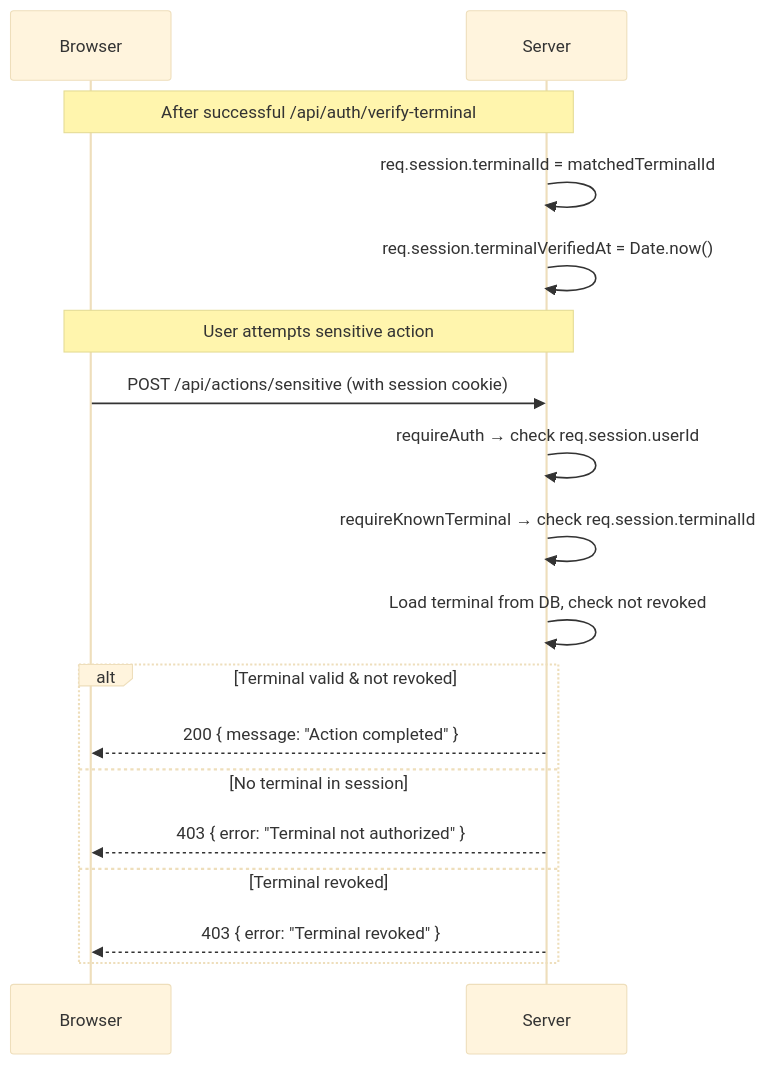
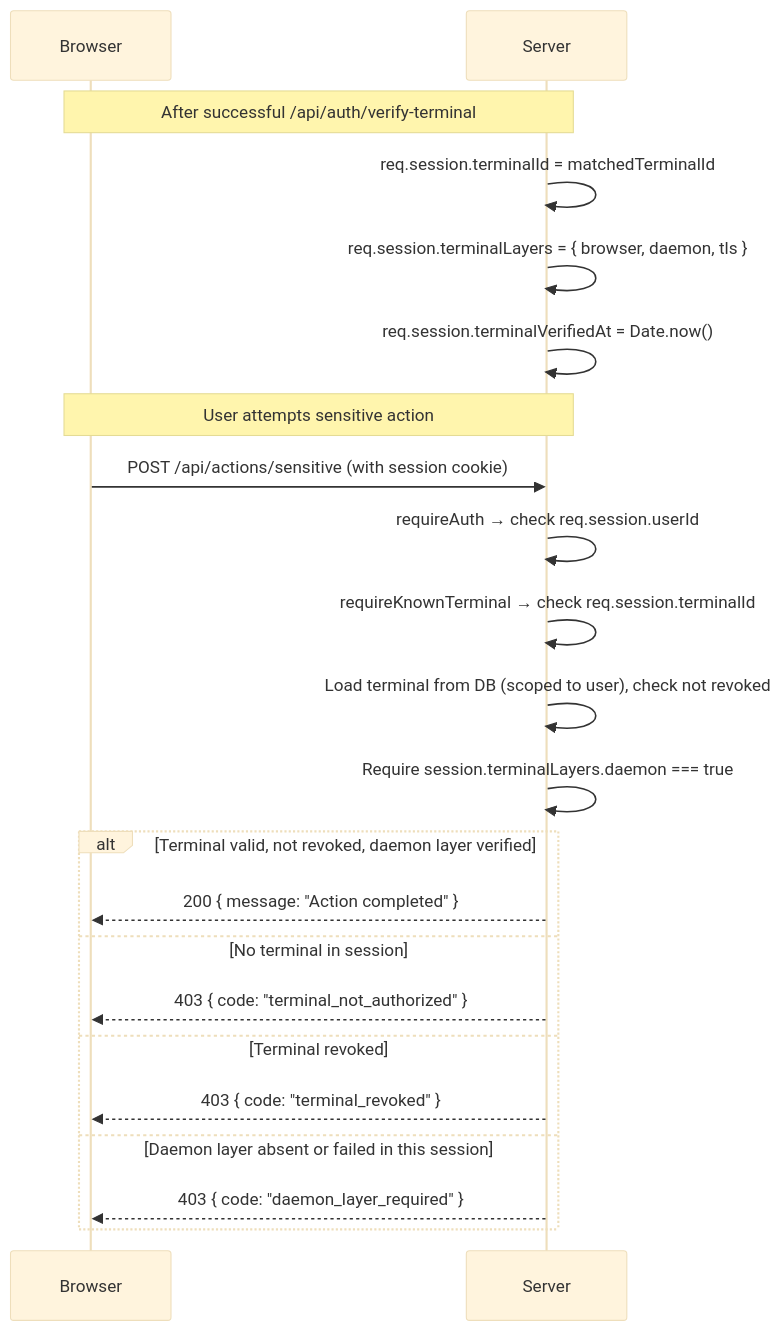
Before and after one commit to andermoreira/dna: the fifth of 5 diagrams in docs/architecture.md, drawn with Mermaid (base theme). The commit also changed other lines of this file and 27 other files, not shown here.

````diff
--- a/docs/architecture.md
+++ b/docs/architecture.md
@@ -228,26 +239,30 @@
 ```mermaid
 sequenceDiagram
     participant Browser
     participant Server
 
     Note over Browser,Server: After successful /api/auth/verify-terminal
 
     Server->>Server: req.session.terminalId = matchedTerminalId
+    Server->>Server: req.session.terminalLayers = { browser, daemon, tls }
     Server->>Server: req.session.terminalVerifiedAt = Date.now()
 
     Note over Browser,Server: User attempts sensitive action
 
     Browser->>Server: POST /api/actions/sensitive (with session cookie)
 
     Server->>Server: requireAuth → check req.session.userId
     Server->>Server: requireKnownTerminal → check req.session.terminalId
-    Server->>Server: Load terminal from DB, check not revoked
+    Server->>Server: Load terminal from DB (scoped to user), check not revoked
+    Server->>Server: Require session.terminalLayers.daemon === true
 
-    alt Terminal valid & not revoked
+    alt Terminal valid, not revoked, daemon layer verified
         Server-->>Browser: 200 { message: "Action completed" }
     else No terminal in session
-        Server-->>Browser: 403 { error: "Terminal not authorized" }
+        Server-->>Browser: 403 { code: "terminal_not_authorized" }
     else Terminal revoked
-        Server-->>Browser: 403 { error: "Terminal revoked" }
+        Server-->>Browser: 403 { code: "terminal_revoked" }
+    else Daemon layer absent or failed in this session
+        Server-->>Browser: 403 { code: "daemon_layer_required" }
     end
 ```
````
